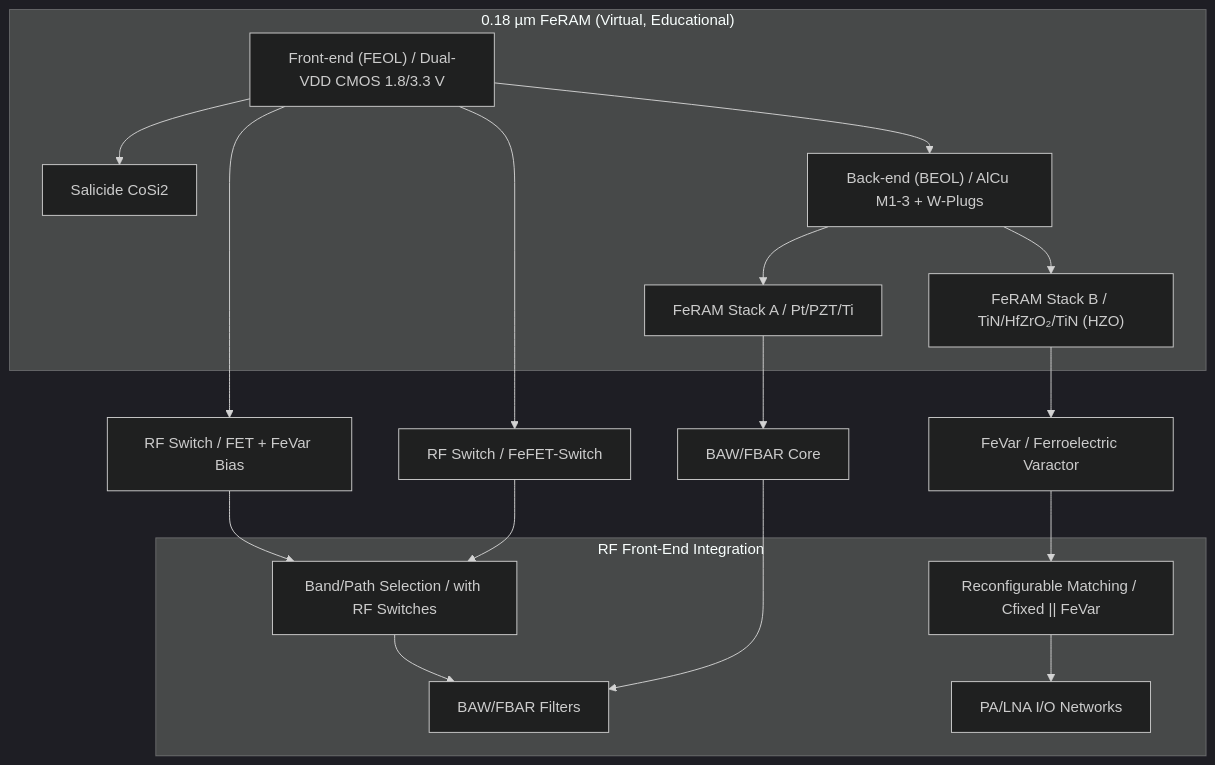
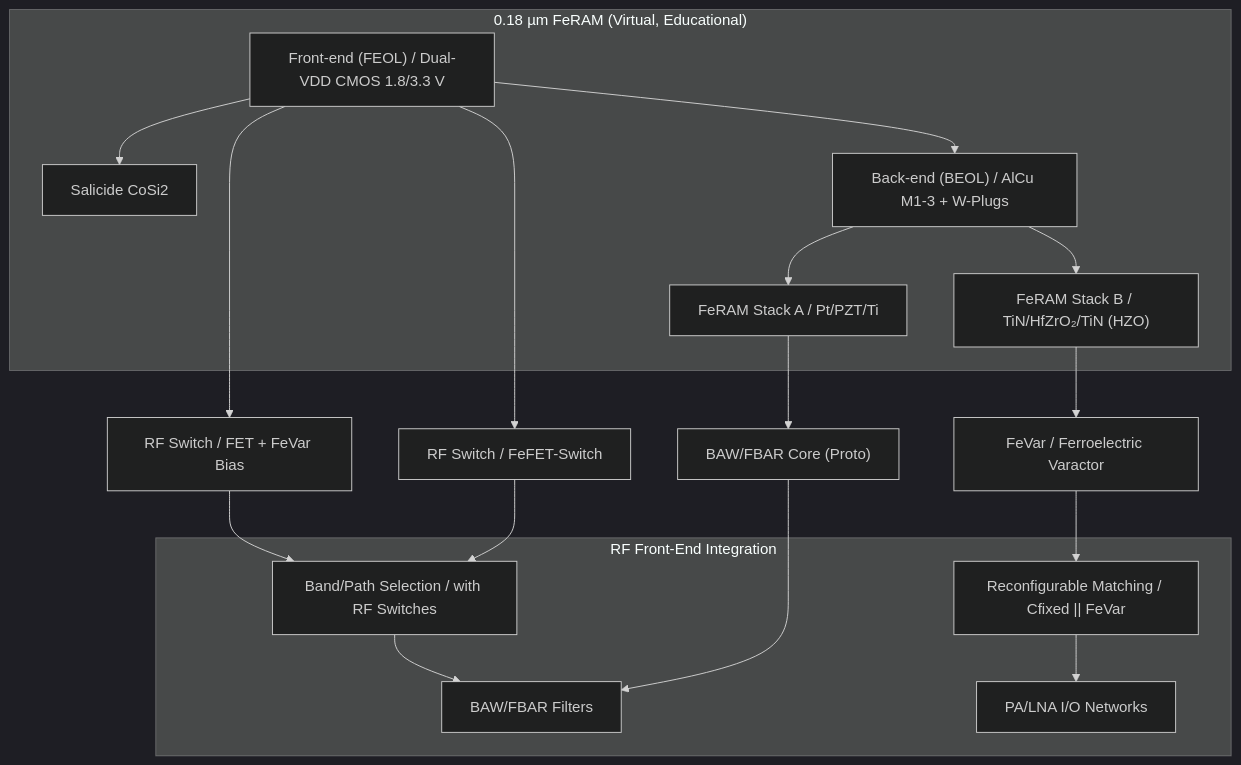
One commit to Samizo-AITL/Edusemi-Plus changed the first of 2 diagrams in applied-devices/rf-devices/proposal.md. Above: the diagram before and after it, drawn with Mermaid (dark theme). The commit also changed other lines of this file, not shown here.

````diff
--- a/applied-devices/rf-devices/proposal.md
+++ b/applied-devices/rf-devices/proposal.md
@@ -48,28 +48,28 @@
 ```mermaid
 flowchart TB
   subgraph FE["0.18 µm FeRAM (Virtual, Educational)"]
     GATE["Front-end (FEOL) / Dual-VDD CMOS 1.8/3.3 V"] --> SALI["Salicide CoSi2"]
     BEOL["Back-end (BEOL) / AlCu M1-3 + W-Plugs"]
     CAP1["FeRAM Stack A / Pt/PZT/Ti"]
     CAP2["FeRAM Stack B / TiN/HfZrO₂/TiN (HZO)"]
     GATE --> BEOL --> CAP1
     BEOL --> CAP2
   end
 
   CAP2 --> FeVar["FeVar / Ferroelectric Varactor"]
   GATE --> RFSW1["RF Switch / FET + FeVar Bias"]
   GATE --> RFSW2["RF Switch / FeFET-Switch"]
-  CAP1 --> BAW["BAW/FBAR Core"]
+  CAP1 --> BAW["BAW/FBAR Core (Proto)"]
 
   subgraph RF["RF Front-End Integration"]
     MATCH["Reconfigurable Matching / Cfixed || FeVar"]
     PATHSEL["Band/Path Selection / with RF Switches"]
     FILTER["BAW/FBAR Filters"]
     LNA["PA/LNA I/O Networks"]
   end
 
   FeVar --> MATCH --> LNA
   RFSW1 --> PATHSEL --> FILTER
   RFSW2 --> PATHSEL
   BAW --> FILTER
 ```
````
